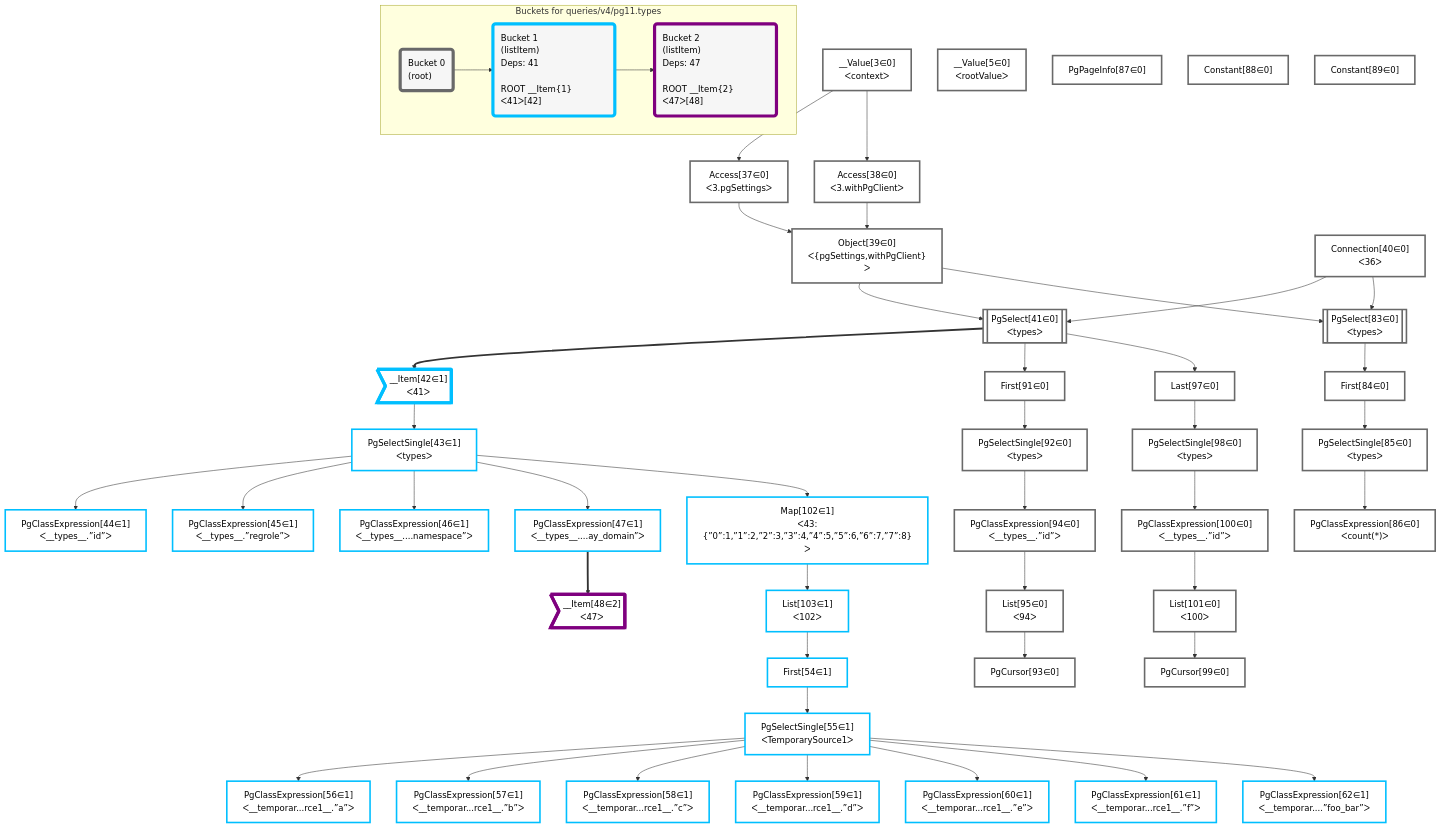
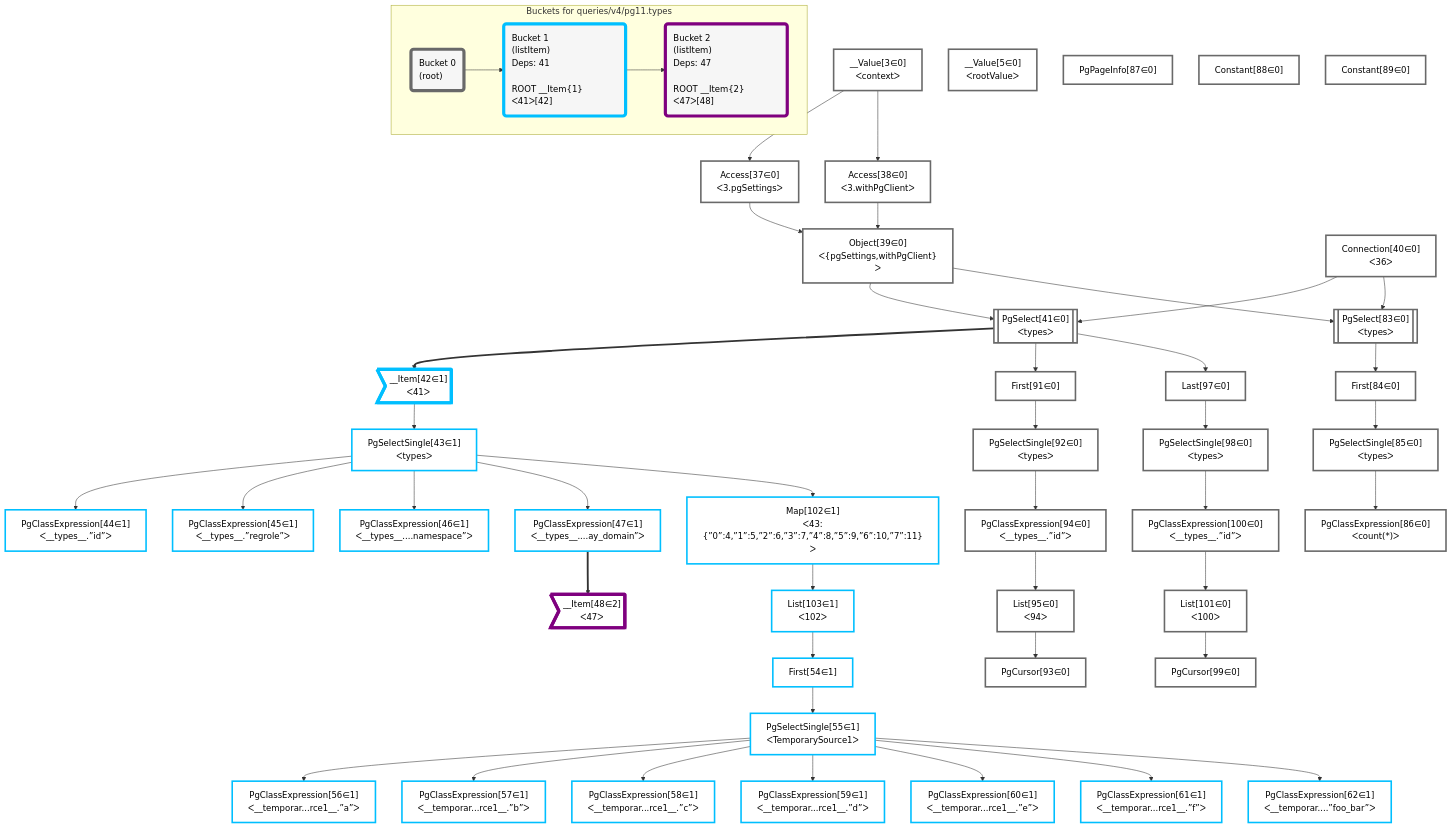
Before and after one commit to graphile/crystal: the diagram in packages/postgraphile/__tests__/queries/v4/pg11.types.mermaid, drawn with Mermaid. The commit also changed 18 other files, not shown here.

```diff
--- a/packages/postgraphile/__tests__/queries/v4/pg11.types.mermaid
+++ b/packages/postgraphile/__tests__/queries/v4/pg11.types.mermaid
@@ -1,105 +1,105 @@
 graph TD
     classDef path fill:#eee,stroke:#000,color:#000
     classDef plan fill:#fff,stroke-width:3px,color:#000
     classDef itemplan fill:#fff,stroke-width:6px,color:#000
     classDef sideeffectplan fill:#f00,stroke-width:6px,color:#000
     classDef bucket fill:#f6f6f6,color:#000,stroke-width:6px,text-align:left
 
 
     %% define steps
     __Value3["__Value[3∈0]<br />ᐸcontextᐳ"]:::plan
     __Value5["__Value[5∈0]<br />ᐸrootValueᐳ"]:::plan
     Access37["Access[37∈0]<br />ᐸ3.pgSettingsᐳ"]:::plan
     Access38["Access[38∈0]<br />ᐸ3.withPgClientᐳ"]:::plan
     Object39["Object[39∈0]<br />ᐸ{pgSettings,withPgClient}ᐳ"]:::plan
     Connection40["Connection[40∈0]<br />ᐸ36ᐳ"]:::plan
     PgSelect41[["PgSelect[41∈0]<br />ᐸtypesᐳ"]]:::plan
     __Item42>"__Item[42∈1]<br />ᐸ41ᐳ"]:::itemplan
     PgSelectSingle43["PgSelectSingle[43∈1]<br />ᐸtypesᐳ"]:::plan
     PgClassExpression44["PgClassExpression[44∈1]<br />ᐸ__types__.”id”ᐳ"]:::plan
     PgClassExpression45["PgClassExpression[45∈1]<br />ᐸ__types__.”regrole”ᐳ"]:::plan
     PgClassExpression46["PgClassExpression[46∈1]<br />ᐸ__types__....namespace”ᐳ"]:::plan
     PgClassExpression47["PgClassExpression[47∈1]<br />ᐸ__types__....ay_domain”ᐳ"]:::plan
     __Item48>"__Item[48∈2]<br />ᐸ47ᐳ"]:::itemplan
-    Map102["Map[102∈1]<br />ᐸ43:{”0”:1,”1”:2,”2”:3,”3”:4,”4”:5,”5”:6,”6”:7,”7”:8}ᐳ"]:::plan
+    Map102["Map[102∈1]<br />ᐸ43:{”0”:4,”1”:5,”2”:6,”3”:7,”4”:8,”5”:9,”6”:10,”7”:11}ᐳ"]:::plan
     List103["List[103∈1]<br />ᐸ102ᐳ"]:::plan
     First54["First[54∈1]"]:::plan
     PgSelectSingle55["PgSelectSingle[55∈1]<br />ᐸTemporarySource1ᐳ"]:::plan
     PgClassExpression56["PgClassExpression[56∈1]<br />ᐸ__temporar...rce1__.”a”ᐳ"]:::plan
     PgClassExpression57["PgClassExpression[57∈1]<br />ᐸ__temporar...rce1__.”b”ᐳ"]:::plan
     PgClassExpression58["PgClassExpression[58∈1]<br />ᐸ__temporar...rce1__.”c”ᐳ"]:::plan
     PgClassExpression59["PgClassExpression[59∈1]<br />ᐸ__temporar...rce1__.”d”ᐳ"]:::plan
     PgClassExpression60["PgClassExpression[60∈1]<br />ᐸ__temporar...rce1__.”e”ᐳ"]:::plan
     PgClassExpression61["PgClassExpression[61∈1]<br />ᐸ__temporar...rce1__.”f”ᐳ"]:::plan
     PgClassExpression62["PgClassExpression[62∈1]<br />ᐸ__temporar....”foo_bar”ᐳ"]:::plan
     PgSelect83[["PgSelect[83∈0]<br />ᐸtypesᐳ"]]:::plan
     First84["First[84∈0]"]:::plan
     PgSelectSingle85["PgSelectSingle[85∈0]<br />ᐸtypesᐳ"]:::plan
     PgClassExpression86["PgClassExpression[86∈0]<br />ᐸcount(*)ᐳ"]:::plan
     PgPageInfo87["PgPageInfo[87∈0]"]:::plan
     Constant88["Constant[88∈0]"]:::plan
     Constant89["Constant[89∈0]"]:::plan
     First91["First[91∈0]"]:::plan
     PgSelectSingle92["PgSelectSingle[92∈0]<br />ᐸtypesᐳ"]:::plan
     PgClassExpression94["PgClassExpression[94∈0]<br />ᐸ__types__.”id”ᐳ"]:::plan
     List95["List[95∈0]<br />ᐸ94ᐳ"]:::plan
     PgCursor93["PgCursor[93∈0]"]:::plan
     Last97["Last[97∈0]"]:::plan
     PgSelectSingle98["PgSelectSingle[98∈0]<br />ᐸtypesᐳ"]:::plan
     PgClassExpression100["PgClassExpression[100∈0]<br />ᐸ__types__.”id”ᐳ"]:::plan
     List101["List[101∈0]<br />ᐸ100ᐳ"]:::plan
     PgCursor99["PgCursor[99∈0]"]:::plan
 
     %% plan dependencies
     __Value3 --> Access37
     __Value3 --> Access38
     Access37 & Access38 --> Object39
     Object39 & Connection40 --> PgSelect41
     PgSelect41 ==> __Item42
     __Item42 --> PgSelectSingle43
     PgSelectSingle43 --> PgClassExpression44
     PgSelectSingle43 --> PgClassExpression45
     PgSelectSingle43 --> PgClassExpression46
     PgSelectSingle43 --> PgClassExpression47
     PgClassExpression47 ==> __Item48
     PgSelectSingle43 --> Map102
     Map102 --> List103
     List103 --> First54
     First54 --> PgSelectSingle55
     PgSelectSingle55 --> PgClassExpression56
     PgSelectSingle55 --> PgClassExpression57
     PgSelectSingle55 --> PgClassExpression58
     PgSelectSingle55 --> PgClassExpression59
     PgSelectSingle55 --> PgClassExpression60
     PgSelectSingle55 --> PgClassExpression61
     PgSelectSingle55 --> PgClassExpression62
     Object39 & Connection40 --> PgSelect83
     PgSelect83 --> First84
     First84 --> PgSelectSingle85
     PgSelectSingle85 --> PgClassExpression86
     PgSelect41 --> First91
     First91 --> PgSelectSingle92
     PgSelectSingle92 --> PgClassExpression94
     PgClassExpression94 --> List95
     List95 --> PgCursor93
     PgSelect41 --> Last97
     Last97 --> PgSelectSingle98
     PgSelectSingle98 --> PgClassExpression100
     PgClassExpression100 --> List101
     List101 --> PgCursor99
 
     %% plan-to-path relationships
 
     subgraph "Buckets for queries/v4/pg11.types"
     Bucket0("Bucket 0<br />(root)"):::bucket
     classDef bucket0 stroke:#696969
     class Bucket0,__Value3,__Value5,Access37,Access38,Object39,Connection40,PgSelect41,PgSelect83,First84,PgSelectSingle85,PgClassExpression86,PgPageInfo87,Constant88,Constant89,First91,PgSelectSingle92,PgCursor93,PgClassExpression94,List95,Last97,PgSelectSingle98,PgCursor99,PgClassExpression100,List101 bucket0
     Bucket1("Bucket 1<br />(listItem)<br />Deps: 41<br /><br />ROOT __Item{1}ᐸ41ᐳ[42]"):::bucket
     classDef bucket1 stroke:#00bfff
     class Bucket1,__Item42,PgSelectSingle43,PgClassExpression44,PgClassExpression45,PgClassExpression46,PgClassExpression47,First54,PgSelectSingle55,PgClassExpression56,PgClassExpression57,PgClassExpression58,PgClassExpression59,PgClassExpression60,PgClassExpression61,PgClassExpression62,Map102,List103 bucket1
     Bucket2("Bucket 2<br />(listItem)<br />Deps: 47<br /><br />ROOT __Item{2}ᐸ47ᐳ[48]"):::bucket
     classDef bucket2 stroke:#7f007f
     class Bucket2,__Item48 bucket2
     Bucket0 --> Bucket1
     Bucket1 --> Bucket2
     end
```
